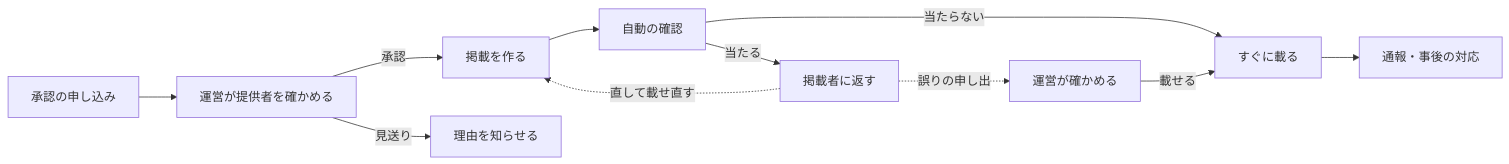
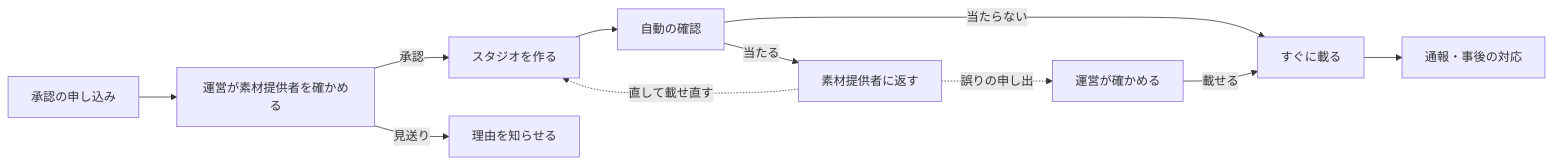
The diagram in docs/policies/studio-rules.md (duwenji/yorisoi-platform), drawn with Mermaid before and after one commit. The commit also changed other lines of this file and 12 other files, not shown here.

````diff
--- a/docs/policies/studio-rules.md
+++ b/docs/policies/studio-rules.md
@@ -19,13 +19,13 @@
 ```mermaid
 flowchart LR
-    A["承認の申し込み"] --> B["運営が提供者を確かめる"]
-    B -- 承認 --> C["掲載を作る"]
+    A["承認の申し込み"] --> B["運営が素材提供者を確かめる"]
+    B -- 承認 --> C["スタジオを作る"]
     B -- 見送り --> X["理由を知らせる"]
     C --> D["自動の確認"]
     D -- 当たらない --> E["すぐに載る"]
-    D -- 当たる --> F["掲載者に返す"]
+    D -- 当たる --> F["素材提供者に返す"]
     F -. 直して載せ直す .-> C
     F -. 誤りの申し出 .-> G["運営が確かめる"]
     G -- 載せる --> E
     E --> H["通報・事後の対応"]
 ```
````
